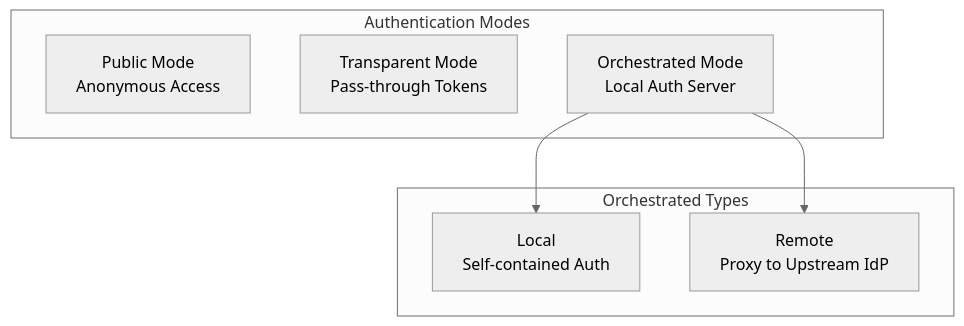
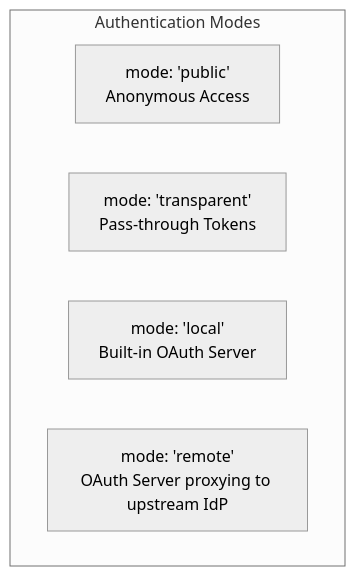
The first of 6 diagrams in docs/frontmcp/authentication/modes.mdx (agentfront/frontmcp), drawn with Mermaid (neutral theme) before and after one commit. The commit also changed other lines of this file and 152 other files, not shown here.

````diff
--- a/docs/frontmcp/authentication/modes.mdx
+++ b/docs/frontmcp/authentication/modes.mdx
@@ -13,16 +15,9 @@
 ```mermaid
 graph TB
     subgraph "Authentication Modes"
-        Public["Public Mode<br/>Anonymous Access"]
-        Transparent["Transparent Mode<br/>Pass-through Tokens"]
-        Orchestrated["Orchestrated Mode<br/>Local Auth Server"]
+        Public["mode: 'public'<br/>Anonymous Access"]
+        Transparent["mode: 'transparent'<br/>Pass-through Tokens"]
+        Local["mode: 'local'<br/>Built-in OAuth Server"]
+        Remote["mode: 'remote'<br/>OAuth Server proxying to upstream IdP"]
     end
-
-    subgraph "Orchestrated Types"
-        Local["Local<br/>Self-contained Auth"]
-        Remote["Remote<br/>Proxy to Upstream IdP"]
-    end
-
-    Orchestrated --> Local
-    Orchestrated --> Remote
 ```
````
